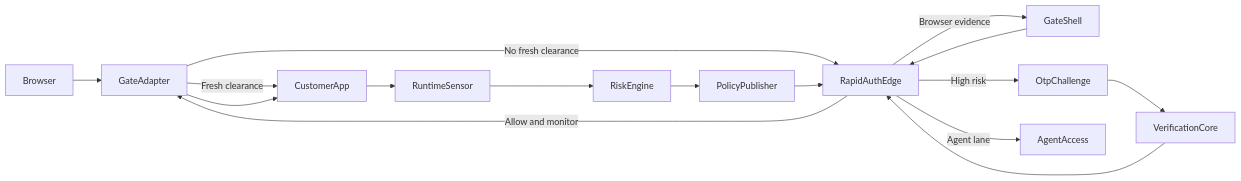
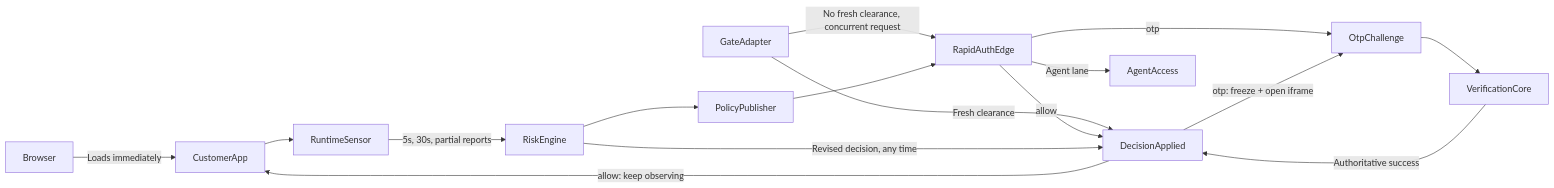
One commit to Ericsipad/POWEROTP changed the diagram in docs/POWEROTP_BOTBLOCKER_PLAN.md. Above: the diagram before and after it, drawn with Mermaid. The commit also changed other lines of this file and 4 other files, not shown here.

````diff
--- a/docs/POWEROTP_BOTBLOCKER_PLAN.md
+++ b/docs/POWEROTP_BOTBLOCKER_PLAN.md
@@ -33,18 +100,18 @@
 ```mermaid
 flowchart LR
-    Browser --> GateAdapter
-    GateAdapter -->|"Fresh clearance"| CustomerApp
-    GateAdapter -->|"No fresh clearance"| RapidAuthEdge
-    RapidAuthEdge -->|"Allow and monitor"| GateAdapter
-    RapidAuthEdge -->|"Browser evidence"| GateShell
-    RapidAuthEdge -->|"High risk"| OtpChallenge
+    Browser -->|"Loads immediately"| CustomerApp
+    GateAdapter -->|"Fresh clearance"| DecisionApplied
+    GateAdapter -->|"No fresh clearance, concurrent request"| RapidAuthEdge
+    RapidAuthEdge -->|"allow"| DecisionApplied
+    RapidAuthEdge -->|"otp"| OtpChallenge
     RapidAuthEdge -->|"Agent lane"| AgentAccess
-    GateShell --> RapidAuthEdge
+    DecisionApplied -->|"allow: keep observing"| CustomerApp
+    DecisionApplied -->|"otp: freeze + open iframe"| OtpChallenge
     OtpChallenge --> VerificationCore
-    VerificationCore --> RapidAuthEdge
-    GateAdapter --> CustomerApp
+    VerificationCore -->|"Authoritative success"| DecisionApplied
     CustomerApp --> RuntimeSensor
-    RuntimeSensor --> RiskEngine
+    RuntimeSensor -->|"5s, 30s, partial reports"| RiskEngine
+    RiskEngine -->|"Revised decision, any time"| DecisionApplied
     RiskEngine --> PolicyPublisher
     PolicyPublisher --> RapidAuthEdge
 ```
````
